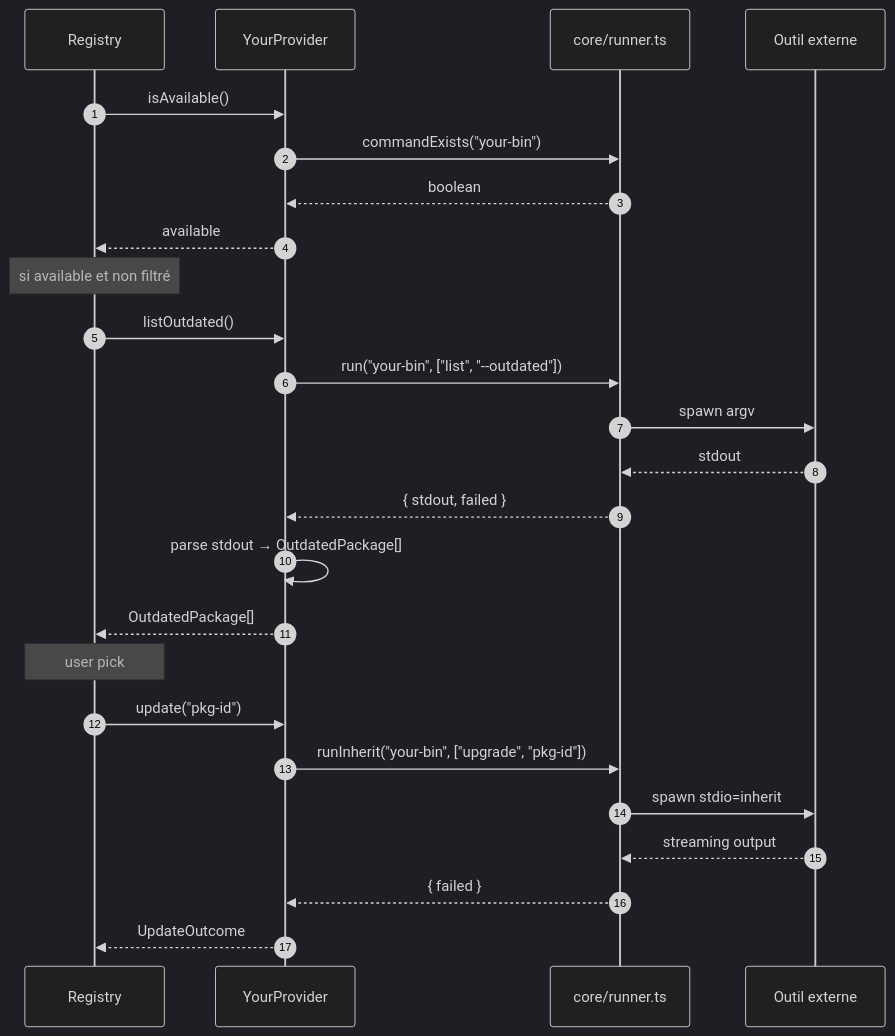
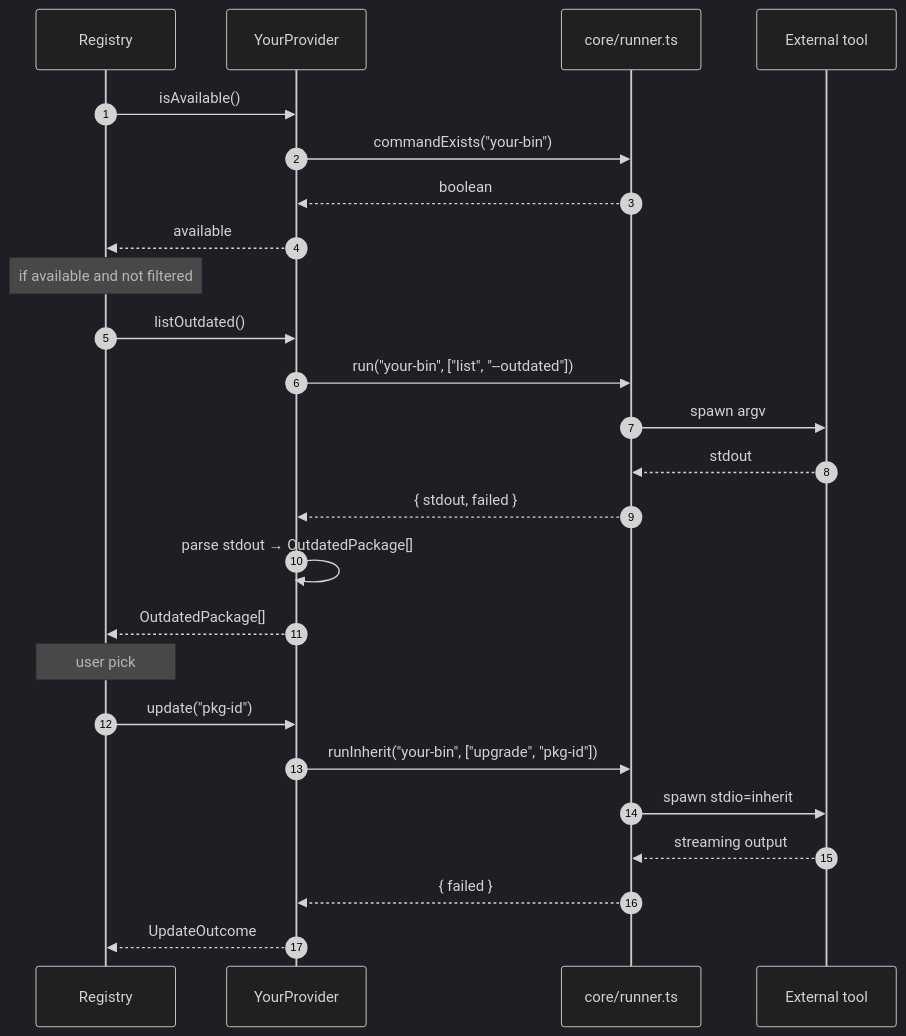
Before and after one commit to LINDECKER-Charles/gup: the second of 3 diagrams in CONTRIBUTING.md, drawn with Mermaid (dark theme). The commit also changed other lines of this file and 5 other files, not shown here.

````diff
--- a/CONTRIBUTING.md
+++ b/CONTRIBUTING.md
@@ -95,32 +95,32 @@
 ```mermaid
 sequenceDiagram
     autonumber
     participant Registry
     participant P as YourProvider
     participant Runner as core/runner.ts
-    participant Tool as Outil externe
+    participant Tool as External tool
 
     Registry->>P: isAvailable()
     P->>Runner: commandExists("your-bin")
     Runner-->>P: boolean
     P-->>Registry: available
 
-    Note over Registry: si available et non filtré
+    Note over Registry: if available and not filtered
 
     Registry->>P: listOutdated()
     P->>Runner: run("your-bin", ["list", "--outdated"])
     Runner->>Tool: spawn argv
     Tool-->>Runner: stdout
     Runner-->>P: { stdout, failed }
     P->>P: parse stdout → OutdatedPackage[]
     P-->>Registry: OutdatedPackage[]
 
     Note over Registry: user pick
 
     Registry->>P: update("pkg-id")
     P->>Runner: runInherit("your-bin", ["upgrade", "pkg-id"])
     Runner->>Tool: spawn stdio=inherit
     Tool-->>Runner: streaming output
     Runner-->>P: { failed }
     P-->>Registry: UpdateOutcome
 ```
````
